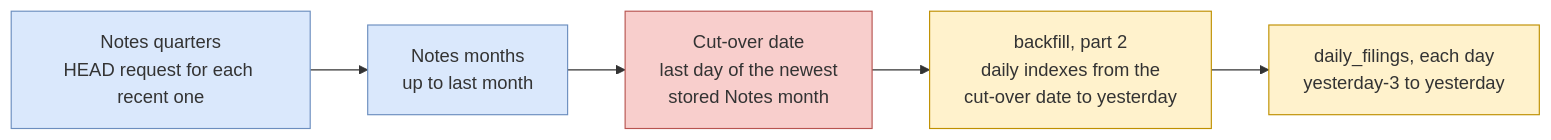
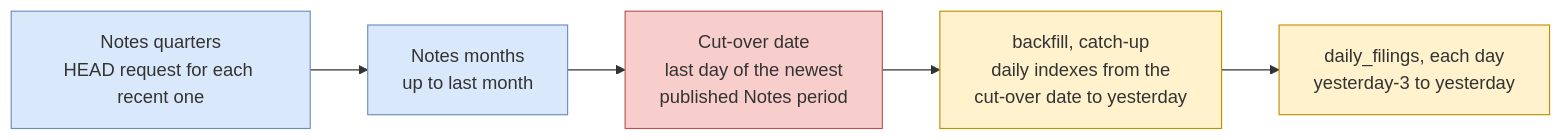
One commit to ironcapitaleu/arkad changed the third of 4 diagrams in sec/design/pipeline/extraction_overview.md. Above: the diagram before and after it, drawn with Mermaid. The commit also changed other lines of this file and 16 other files, not shown here.

First line of the commit message:
refactor(sec): run the Notes periods and the catch-up in backfill().all() (#513)

````diff
--- a/sec/design/pipeline/extraction_overview.md
+++ b/sec/design/pipeline/extraction_overview.md
@@ -195,11 +196,11 @@
 ```mermaid
 flowchart LR
     classDef notes fill:#dae8fc,stroke:#6c8ebf
     classDef daily fill:#fff2cc,stroke:#bf9000
     classDef cut fill:#f8cecc,stroke:#b85450
 
     Q["Notes quarters<br/>HEAD request for each recent one"]:::notes --> M["Notes months<br/>up to last month"]:::notes
-    M --> C["Cut-over date<br/>last day of the newest<br/>stored Notes month"]:::cut
-    C --> K["backfill, part 2<br/>daily indexes from the<br/>cut-over date to yesterday"]:::daily
+    M --> C["Cut-over date<br/>last day of the newest<br/>published Notes period"]:::cut
+    C --> K["backfill, catch-up<br/>daily indexes from the<br/>cut-over date to yesterday"]:::daily
     K --> W["daily_filings, each day<br/>yesterday-3 to yesterday"]:::daily
 ```
````
